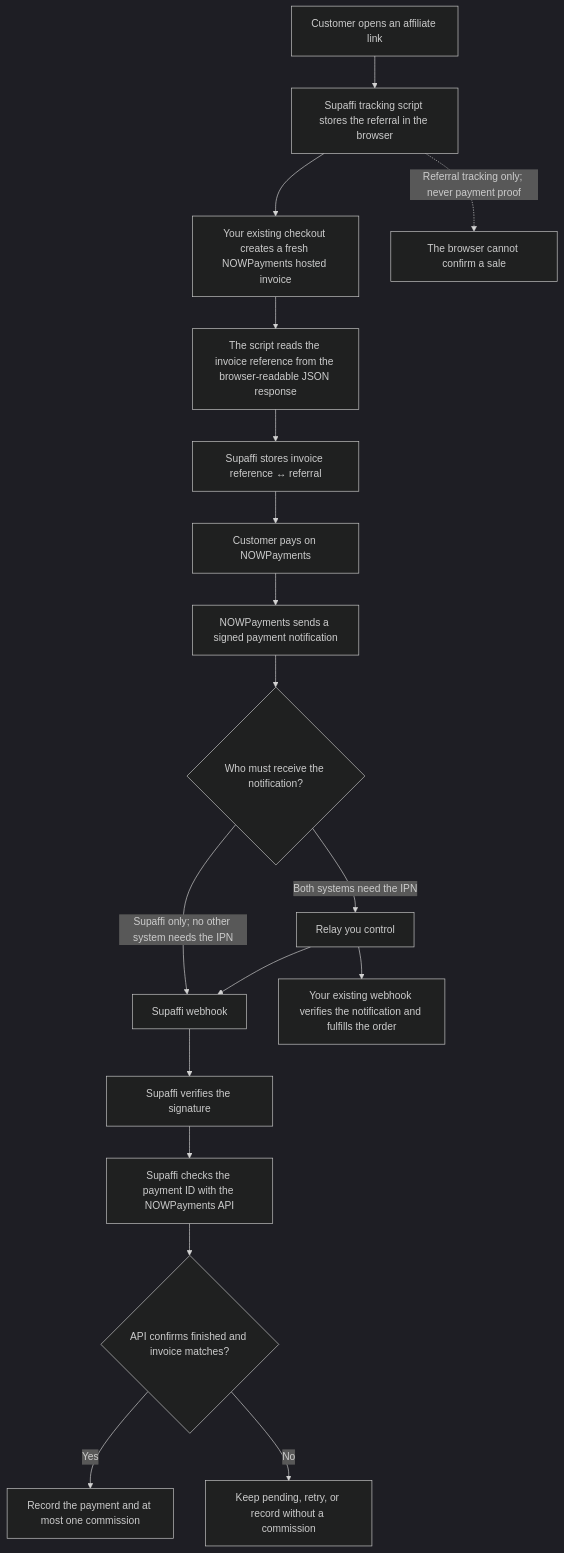
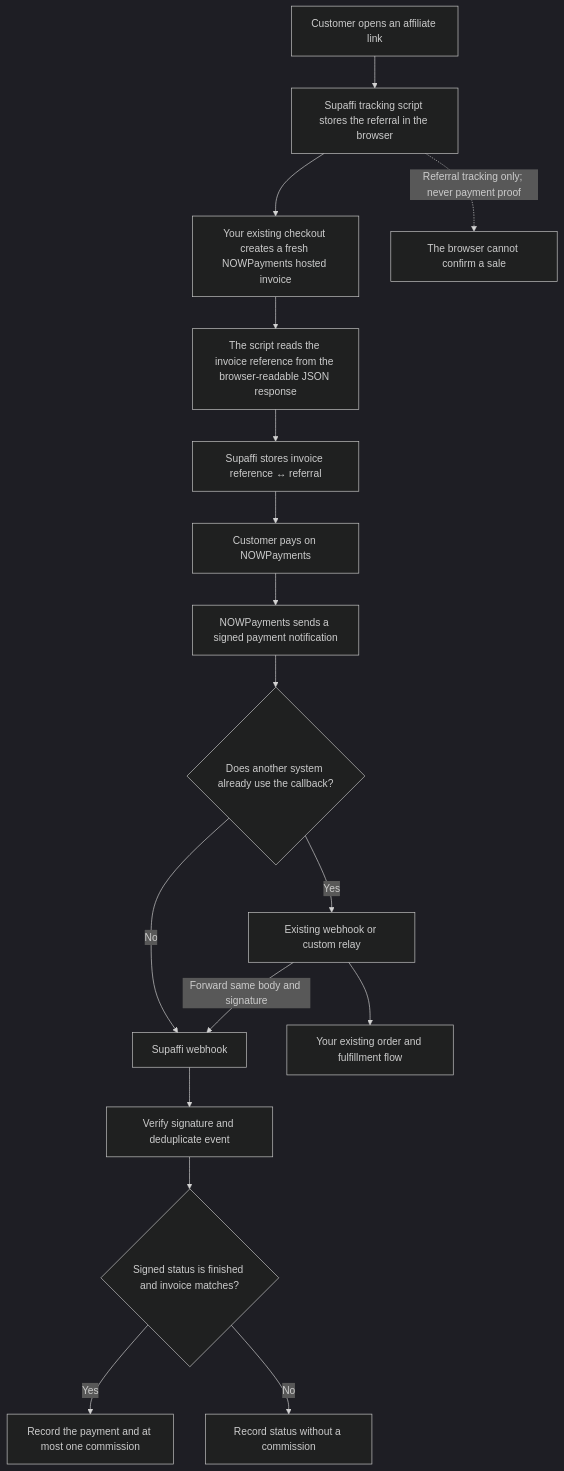
The first of 3 diagrams in docs/nowpayments-flow.md (enrique-orellana/supaffi), drawn with Mermaid (dark theme) before and after one commit. The commit also changed other lines of this file and 17 other files, not shown here.

Commit message:
fix(nowpayments): remove Supaffi API-key verification

````diff
--- a/docs/nowpayments-flow.md
+++ b/docs/nowpayments-flow.md
@@ -15,20 +16,19 @@
 ```mermaid
 flowchart TD
   A[Customer opens an affiliate link] --> B[Supaffi tracking script stores the referral in the browser]
   B --> C[Your existing checkout creates a fresh NOWPayments hosted invoice]
   C --> D[The script reads the invoice reference from the browser-readable JSON response]
   D --> E[Supaffi stores invoice reference ↔ referral]
   E --> F[Customer pays on NOWPayments]
   F --> G[NOWPayments sends a signed payment notification]
-  G --> H{Who must receive the notification?}
-  H -->|Supaffi only; no other system needs the IPN| I[Supaffi webhook]
-  H -->|Both systems need the IPN| J[Relay you control]
-  J --> K[Your existing webhook verifies the notification and fulfills the order]
-  J --> I
-  I --> L[Supaffi verifies the signature]
-  L --> M[Supaffi checks the payment ID with the NOWPayments API]
-  M --> N{API confirms finished and invoice matches?}
-  N -->|Yes| O[Record the payment and at most one commission]
-  N -->|No| P[Keep pending, retry, or record without a commission]
+  G --> H{Does another system already use the callback?}
+  H -->|No| I[Supaffi webhook]
+  H -->|Yes| J[Existing webhook or custom relay]
+  J --> K[Your existing order and fulfillment flow]
+  J -->|Forward same body and signature| I
+  I --> L[Verify signature and deduplicate event]
+  L --> M{Signed status is finished and invoice matches?}
+  M -->|Yes| O[Record the payment and at most one commission]
+  M -->|No| P[Record status without a commission]
   B -. "Referral tracking only; never payment proof" .-> Q[The browser cannot confirm a sale]
 ```
````
